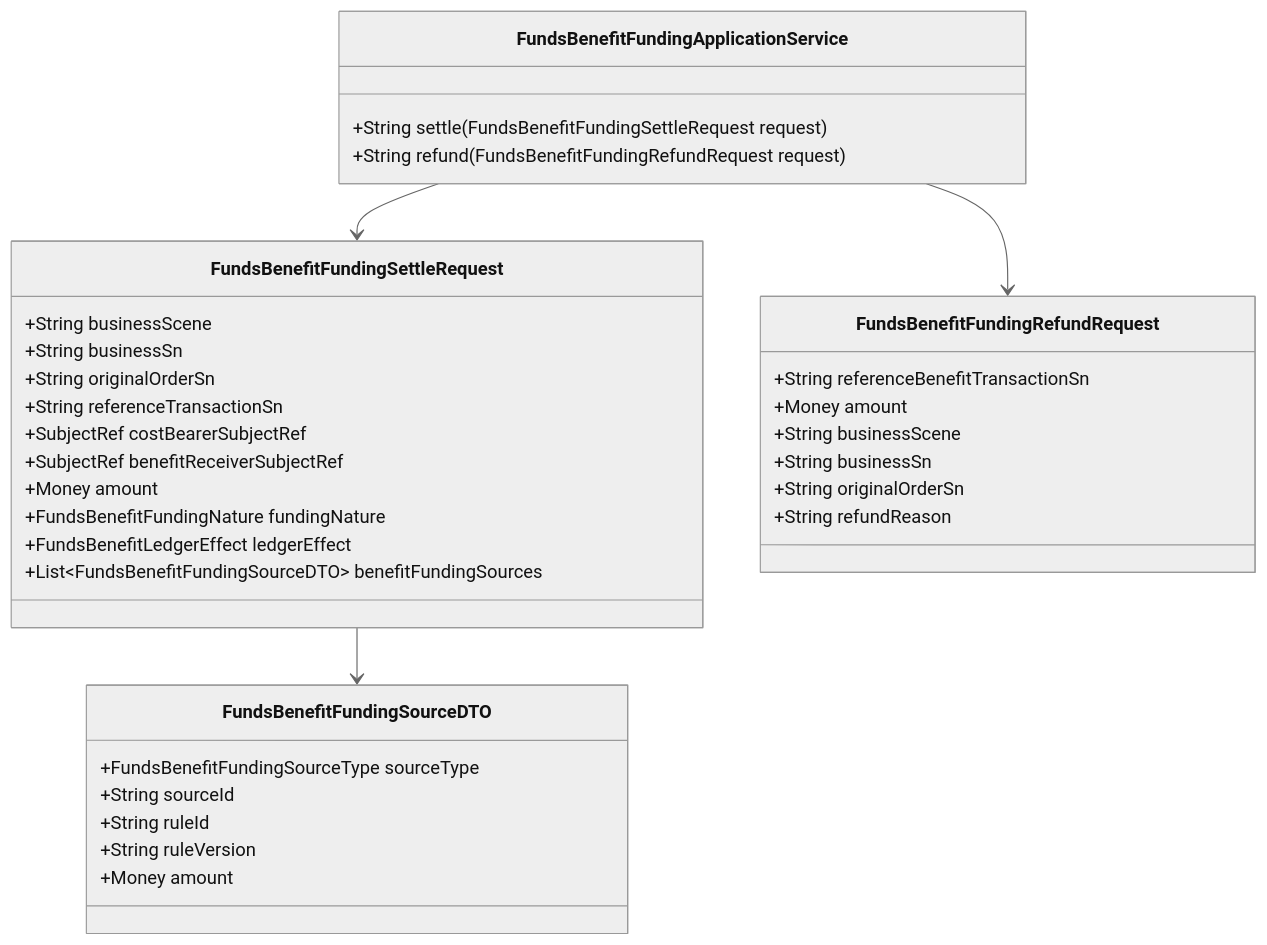
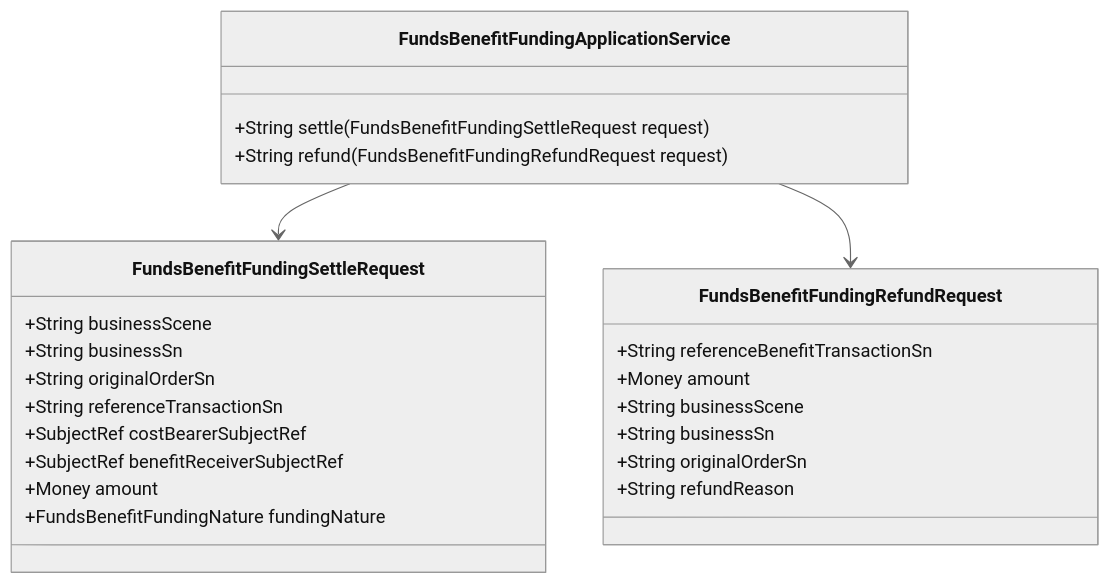
One commit to fengwuxp/wind-funds changed the second of 2 diagrams in docs/DSL设计/支付资金底座DSL承载层设计.md. Above: the diagram before and after it, drawn with Mermaid (neutral theme). The commit also changed other lines of this file and 14 other files, not shown here.

````diff
--- a/docs/DSL设计/支付资金底座DSL承载层设计.md
+++ b/docs/DSL设计/支付资金底座DSL承载层设计.md
@@ -635,41 +629,30 @@
 ```mermaid
 classDiagram
     class FundsBenefitFundingApplicationService {
       +String settle(FundsBenefitFundingSettleRequest request)
       +String refund(FundsBenefitFundingRefundRequest request)
     }
 
     class FundsBenefitFundingSettleRequest {
       +String businessScene
       +String businessSn
       +String originalOrderSn
       +String referenceTransactionSn
       +SubjectRef costBearerSubjectRef
       +SubjectRef benefitReceiverSubjectRef
       +Money amount
       +FundsBenefitFundingNature fundingNature
-      +FundsBenefitLedgerEffect ledgerEffect
-      +List~FundsBenefitFundingSourceDTO~ benefitFundingSources
     }
 
     class FundsBenefitFundingRefundRequest {
       +String referenceBenefitTransactionSn
       +Money amount
       +String businessScene
       +String businessSn
       +String originalOrderSn
       +String refundReason
     }
 
-    class FundsBenefitFundingSourceDTO {
-      +FundsBenefitFundingSourceType sourceType
-      +String sourceId
-      +String ruleId
-      +String ruleVersion
-      +Money amount
-    }
-
     FundsBenefitFundingApplicationService --> FundsBenefitFundingSettleRequest
     FundsBenefitFundingApplicationService --> FundsBenefitFundingRefundRequest
-    FundsBenefitFundingSettleRequest --> FundsBenefitFundingSourceDTO
 ```
````
